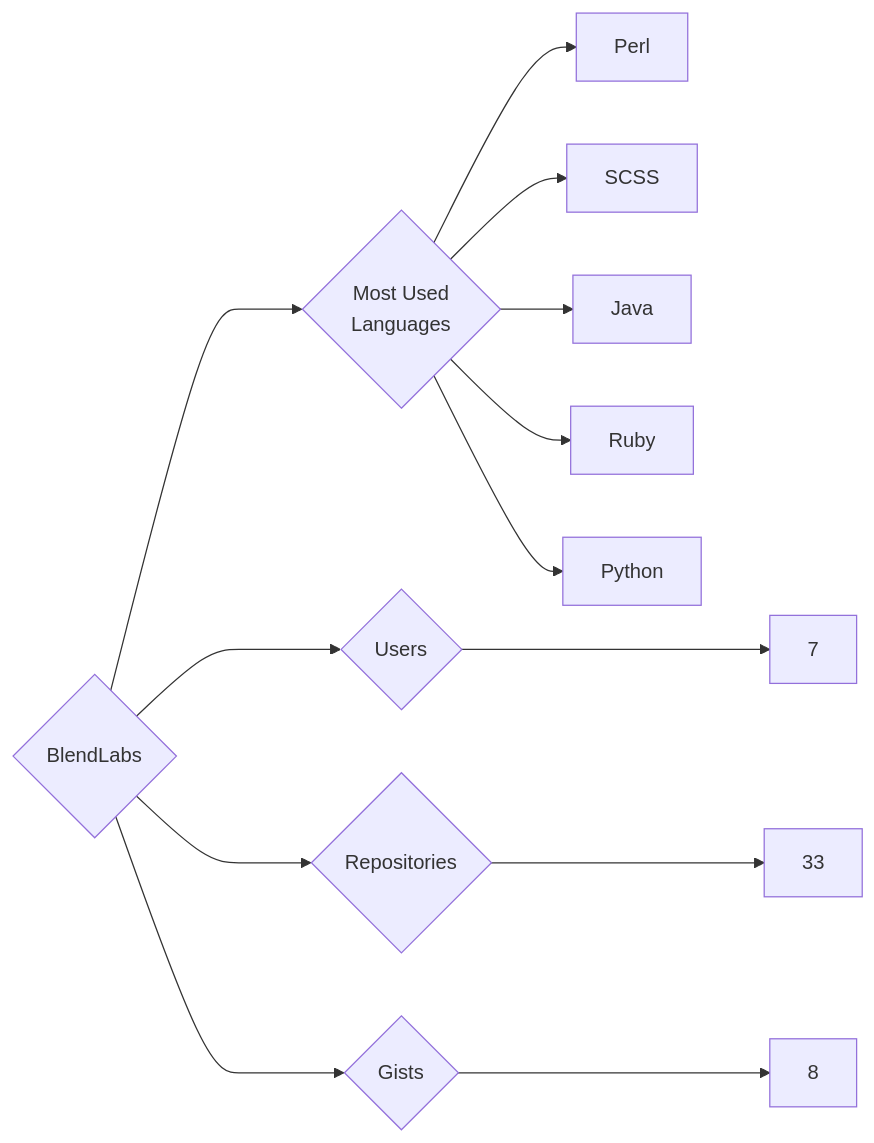
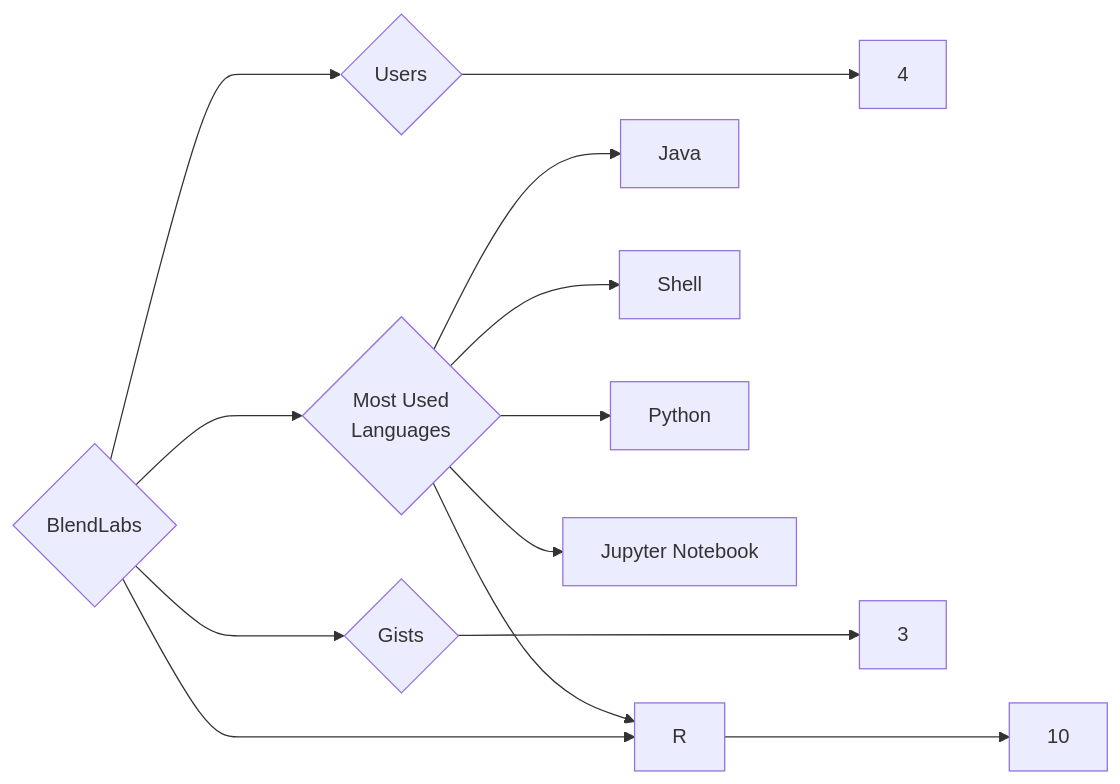
Before and after one commit to trickest/insiders: the diagram in targets/BlendLabs/README.md, drawn with Mermaid. The commit also changed 1195 other files, not shown here.

````diff
--- a/targets/BlendLabs/README.md
+++ b/targets/BlendLabs/README.md
@@ -3,13 +3,13 @@
 ```mermaid
 graph LR
 COMPANY_NAME{BlendLabs}
-COMPANY_NAME ---> U{Users} ---> UN[7]
-COMPANY_NAME ---> R{Repositories} ---> RN[33]
-COMPANY_NAME ---> G{Gists} ---> GN[8]
+COMPANY_NAME ---> U{Users} ---> UN[4]
+COMPANY_NAME ---> R{Repositories} ---> RN[10]
+COMPANY_NAME ---> G{Gists} ---> GN[3]
 COMPANY_NAME ---> ML{Most Used<br>Languages}
-ML --> Perl[Perl]
-ML --> SCSS[SCSS]
 ML --> Java[Java]
-ML --> Ruby[Ruby]
+ML --> Shell[Shell]
+ML --> R[R]
 ML --> Python[Python]
+ML --> Jupyter_Notebook[Jupyter Notebook]
 ```
````
